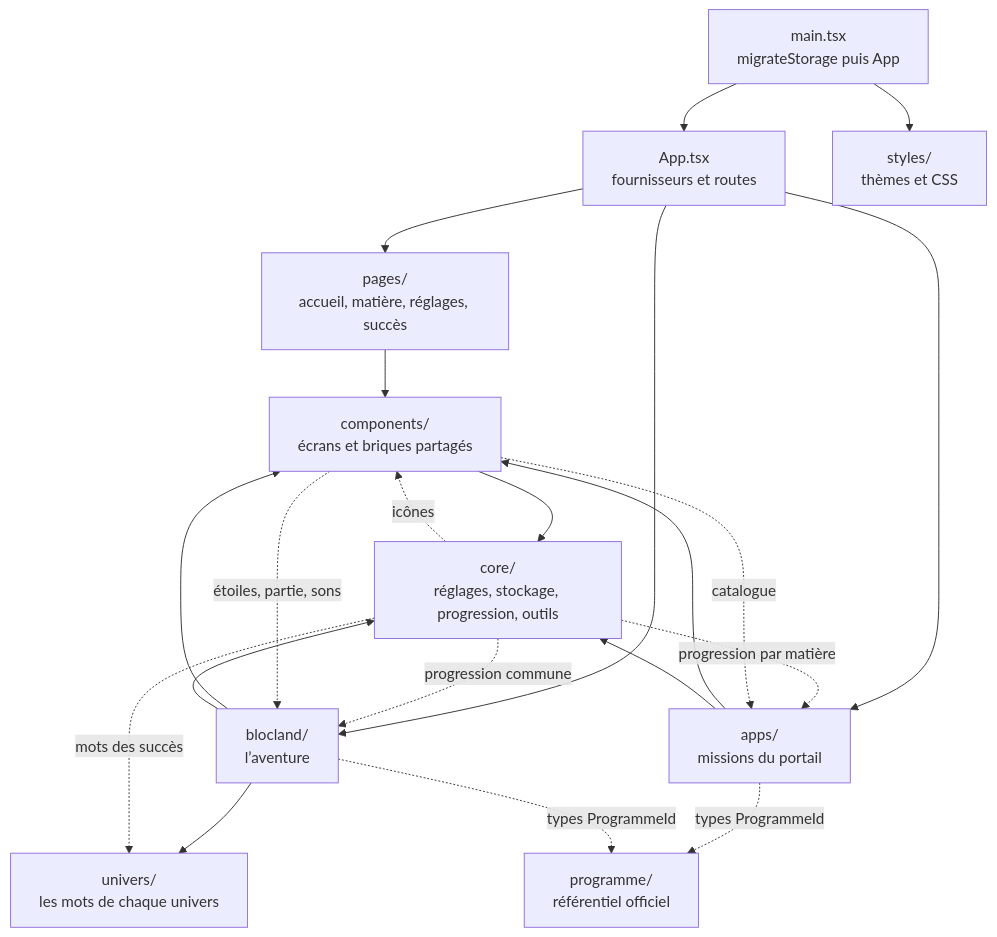
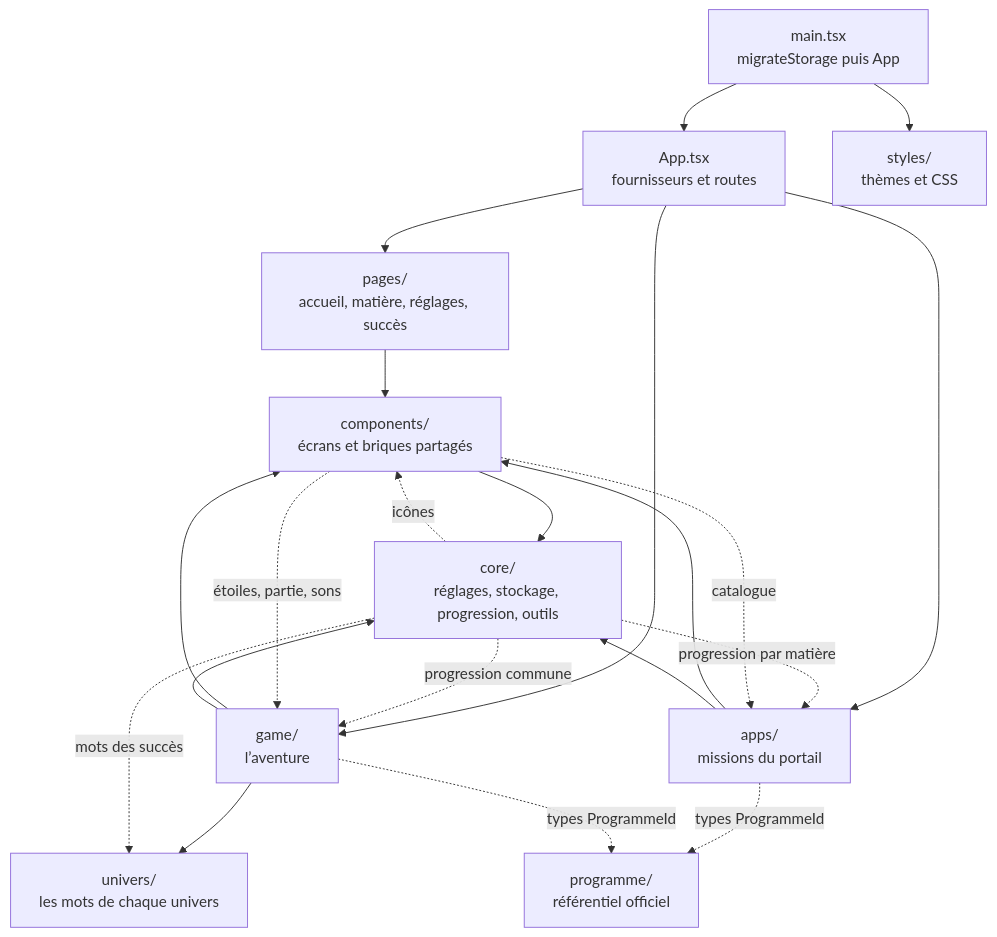
One commit to g7ed6e/dysapps changed the second of 4 diagrams in docs/architecture/index.md. Above: the diagram before and after it, drawn with Mermaid. The commit also changed other lines of this file and 848 other files, not shown here.

First line of the commit message:
Qualité du code, lot 10 : src/blocland devient src/game

````diff
--- a/docs/architecture/index.md
+++ b/docs/architecture/index.md
@@ -38,23 +38,23 @@
 ```mermaid
 flowchart TD
   main[main.tsx<br/>migrateStorage puis App] --> App[App.tsx<br/>fournisseurs et routes]
   App --> pages[pages/<br/>accueil, matière, réglages, succès]
-  App --> blocland[blocland/<br/>l’aventure]
+  App --> game[game/<br/>l’aventure]
   App --> apps[apps/<br/>missions du portail]
   pages --> components[components/<br/>écrans et briques partagés]
   apps --> components
-  blocland --> components
-  blocland --> univers[univers/<br/>les mots de chaque univers]
+  game --> components
+  game --> univers[univers/<br/>les mots de chaque univers]
   components --> core[core/<br/>réglages, stockage, progression, outils]
-  blocland --> core
+  game --> core
   apps --> core
-  core -. progression commune .-> blocland
+  core -. progression commune .-> game
   core -. progression par matière .-> apps
   core -. icônes .-> components
   core -. mots des succès .-> univers
-  components -. étoiles, partie, sons .-> blocland
+  components -. étoiles, partie, sons .-> game
   components -. catalogue .-> apps
   apps -. types ProgrammeId .-> programme[programme/<br/>référentiel officiel]
-  blocland -. types ProgrammeId .-> programme
+  game -. types ProgrammeId .-> programme
   main --> styles[styles/<br/>thèmes et CSS]
 ```
````
